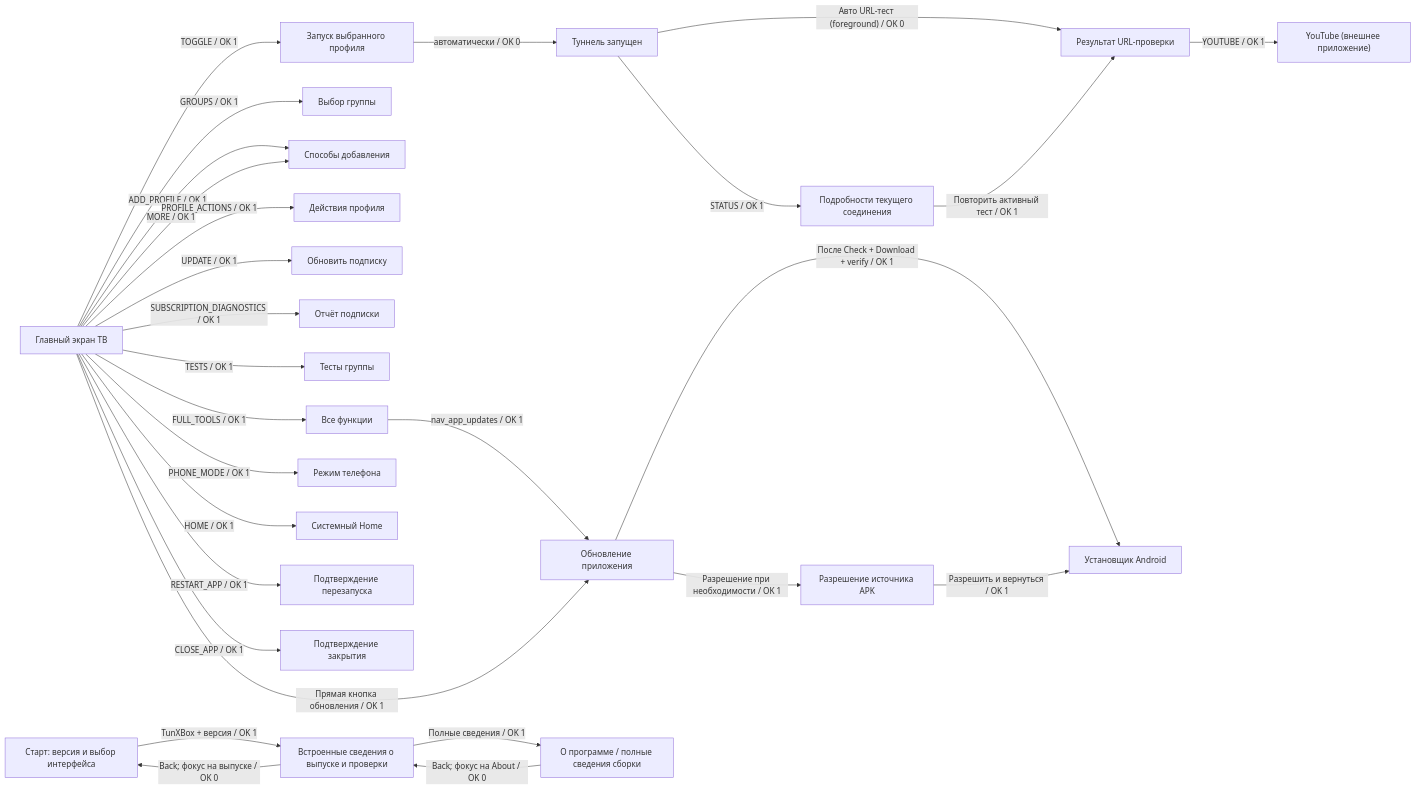
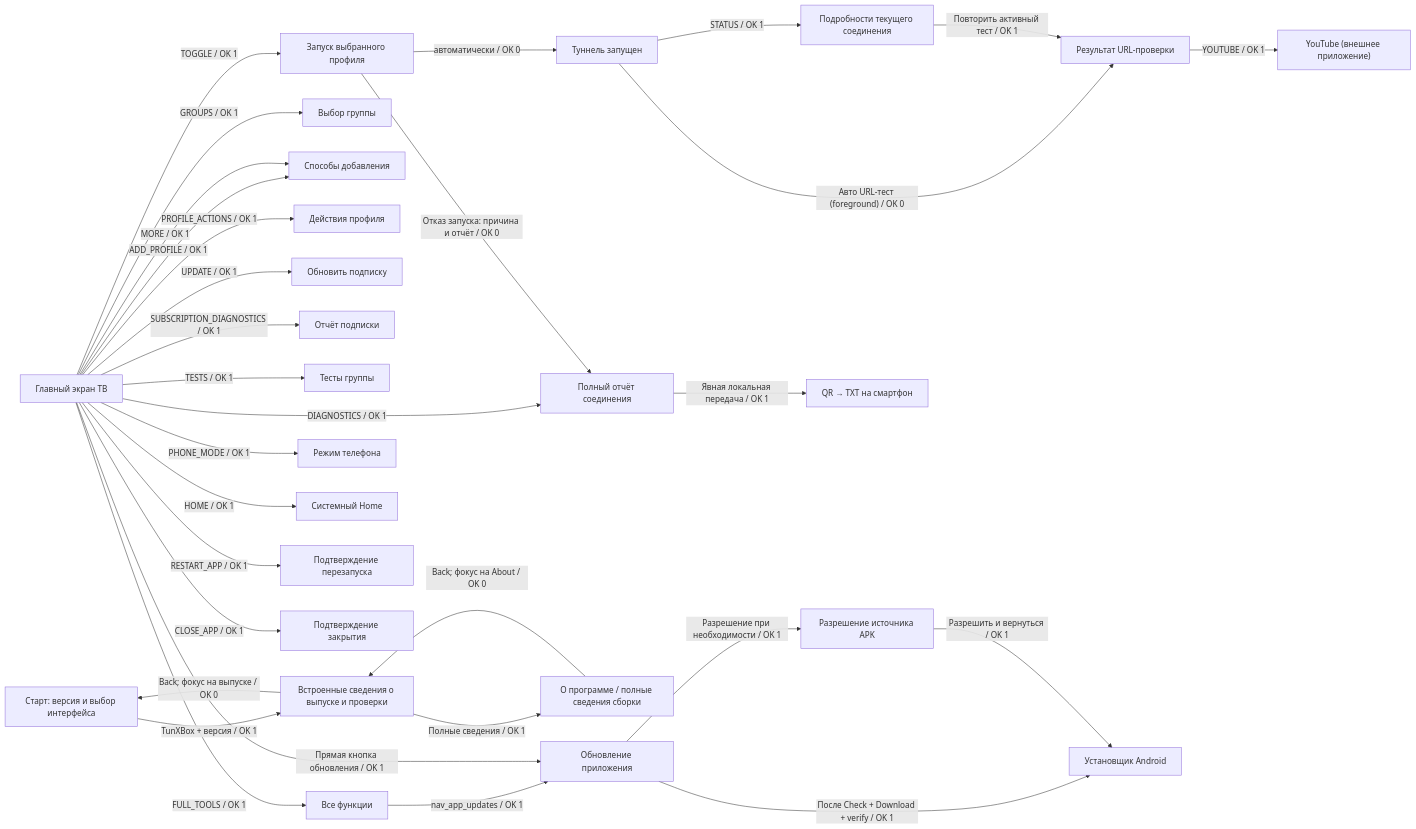
One commit to LeonidYasin/TunXBox changed the diagram in docs/tv-navigation.md. Above: the diagram before and after it, drawn with Mermaid. The commit also changed other lines of this file and 35 other files, not shown here.

````diff
--- a/docs/tv-navigation.md
+++ b/docs/tv-navigation.md
@@ -5,53 +5,58 @@
 ```mermaid
 flowchart LR
     TV["Главный экран ТВ"]
     CONNECT["Запуск выбранного профиля"]
     CONNECTED["Туннель запущен"]
     HEALTH["Результат URL-проверки"]
     STATUS["Подробности текущего соединения"]
     YOUTUBE["YouTube (внешнее приложение)"]
     GROUPS["Выбор группы"]
     ADD["Способы добавления"]
     PROFILE_ACTIONS["Действия профиля"]
     SUB_UPDATE["Обновить подписку"]
     SUB_REPORT["Отчёт подписки"]
     GROUP_TESTS["Тесты группы"]
     ALL_TOOLS["Все функции"]
     PHONE["Режим телефона"]
     HOME["Системный Home"]
     RESTART["Подтверждение перезапуска"]
     CLOSE["Подтверждение закрытия"]
     UPDATER["Обновление приложения"]
     INSTALLER["Установщик Android"]
     PERMISSION["Разрешение источника APK"]
     MODE["Старт: версия и выбор интерфейса"]
     ABOUT["О программе / полные сведения сборки"]
     RELEASE["Встроенные сведения о выпуске и проверки"]
+    DIAGNOSTICS["Полный отчёт соединения"]
+    REPORT_PHONE["QR → TXT на смартфон"]
     TV -->|"TOGGLE / OK 1"| CONNECT
     CONNECT -->|"автоматически / OK 0"| CONNECTED
     CONNECTED -->|"Авто URL-тест (foreground) / OK 0"| HEALTH
     CONNECTED -->|"STATUS / OK 1"| STATUS
     STATUS -->|"Повторить активный тест / OK 1"| HEALTH
     HEALTH -->|"YOUTUBE / OK 1"| YOUTUBE
     TV -->|"GROUPS / OK 1"| GROUPS
     TV -->|"ADD_PROFILE / OK 1"| ADD
     TV -->|"PROFILE_ACTIONS / OK 1"| PROFILE_ACTIONS
     TV -->|"UPDATE / OK 1"| SUB_UPDATE
     TV -->|"SUBSCRIPTION_DIAGNOSTICS / OK 1"| SUB_REPORT
     TV -->|"TESTS / OK 1"| GROUP_TESTS
     TV -->|"FULL_TOOLS / OK 1"| ALL_TOOLS
     TV -->|"MORE / OK 1"| ADD
     TV -->|"PHONE_MODE / OK 1"| PHONE
     TV -->|"HOME / OK 1"| HOME
     TV -->|"RESTART_APP / OK 1"| RESTART
     TV -->|"CLOSE_APP / OK 1"| CLOSE
     ALL_TOOLS -->|"nav_app_updates / OK 1"| UPDATER
     UPDATER -->|"Разрешение при необходимости / OK 1"| PERMISSION
     UPDATER -->|"После Check + Download + verify / OK 1"| INSTALLER
     PERMISSION -->|"Разрешить и вернуться / OK 1"| INSTALLER
     TV -->|"Прямая кнопка обновления / OK 1"| UPDATER
     MODE -->|"TunXBox + версия / OK 1"| RELEASE
     RELEASE -->|"Полные сведения / OK 1"| ABOUT
     ABOUT -->|"Back; фокус на About / OK 0"| RELEASE
     RELEASE -->|"Back; фокус на выпуске / OK 0"| MODE
+    TV -->|"DIAGNOSTICS / OK 1"| DIAGNOSTICS
+    DIAGNOSTICS -->|"Явная локальная передача / OK 1"| REPORT_PHONE
+    CONNECT -->|"Отказ запуска: причина и отчёт / OK 0"| DIAGNOSTICS
 ```
````
